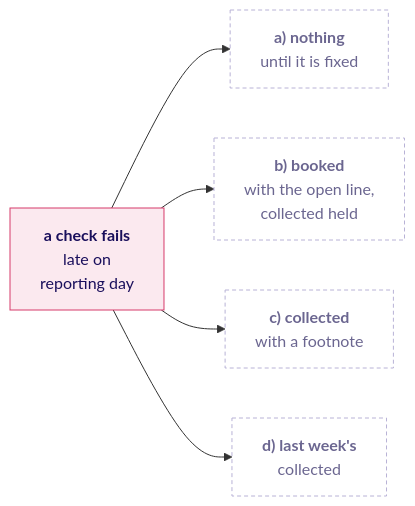
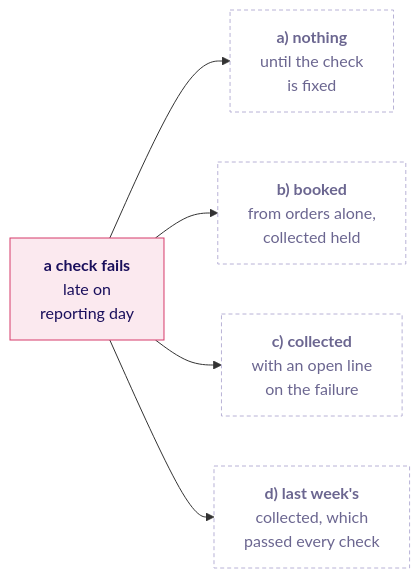
One commit to fde-academy-lab/c2-content-factory changed the fifth of 8 diagrams in content/W02/D2/slides/C2_W02_D02_half2_STUDENT.md. Above: the diagram before and after it, drawn with Mermaid. The commit also changed other lines of this file and 34 other files, not shown here.

````diff
--- a/content/W02/D2/slides/C2_W02_D02_half2_STUDENT.md
+++ b/content/W02/D2/slides/C2_W02_D02_half2_STUDENT.md
@@ -376,11 +376,11 @@
 ```mermaid
 flowchart LR
-    F["<b>a check fails</b><br/>late on<br/>reporting day"] --> A["<b>a) nothing</b><br/>until it is fixed"]
-    F --> B["<b>b) booked</b><br/>with the open line,<br/>collected held"]
-    F --> C["<b>c) collected</b><br/>with a footnote"]
-    F --> D["<b>d) last week's</b><br/>collected"]
+    F["<b>a check fails</b><br/>late on<br/>reporting day"] --> A["<b>a) nothing</b><br/>until the check<br/>is fixed"]
+    F --> B["<b>b) booked</b><br/>from orders alone,<br/>collected held"]
+    F --> C["<b>c) collected</b><br/>with an open line<br/>on the failure"]
+    F --> D["<b>d) last week's</b><br/>collected, which<br/>passed every check"]
     classDef bad fill:#FBE9EF,stroke:#D63A6A,color:#1A0F5C
     classDef unknown fill:#FFFFFF,stroke:#B8B2D6,color:#6B6690,stroke-dasharray:4 3
     class F bad
     class A,B,C,D unknown
 ```
````
